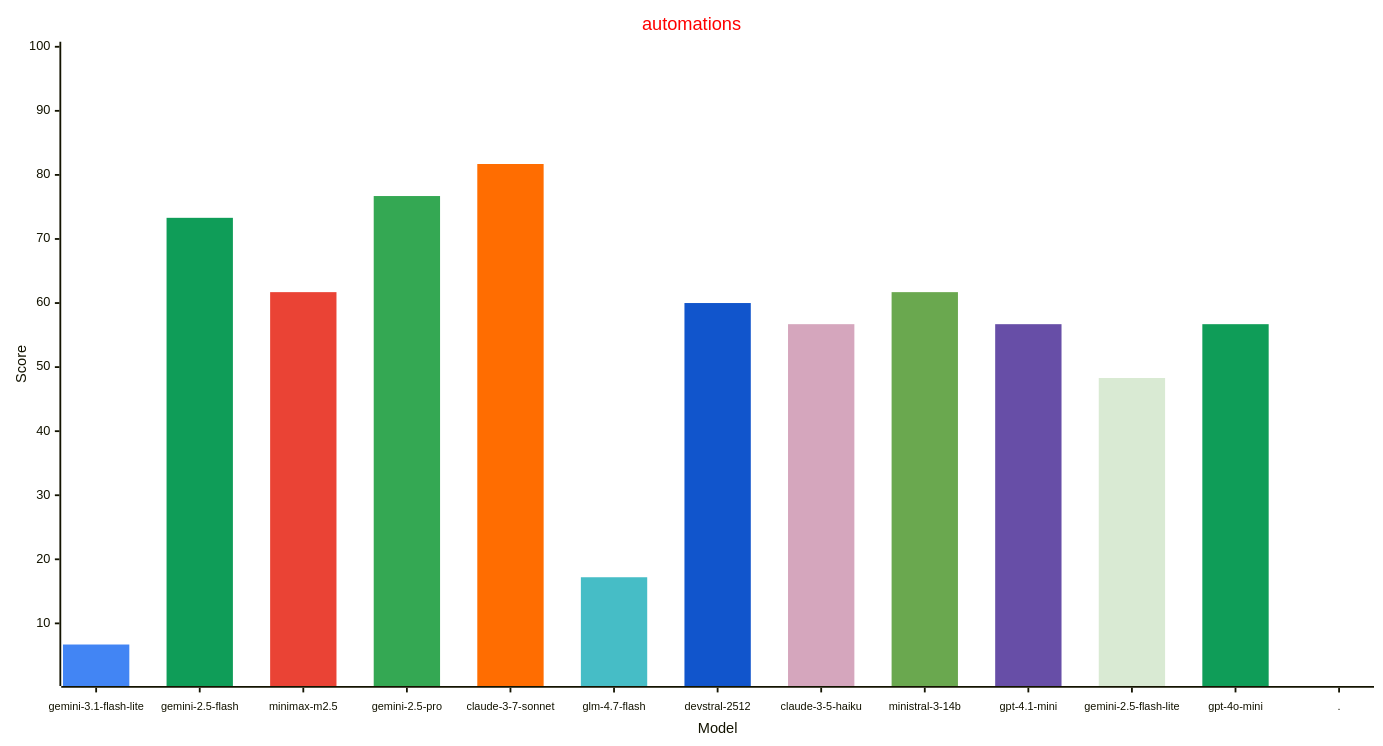
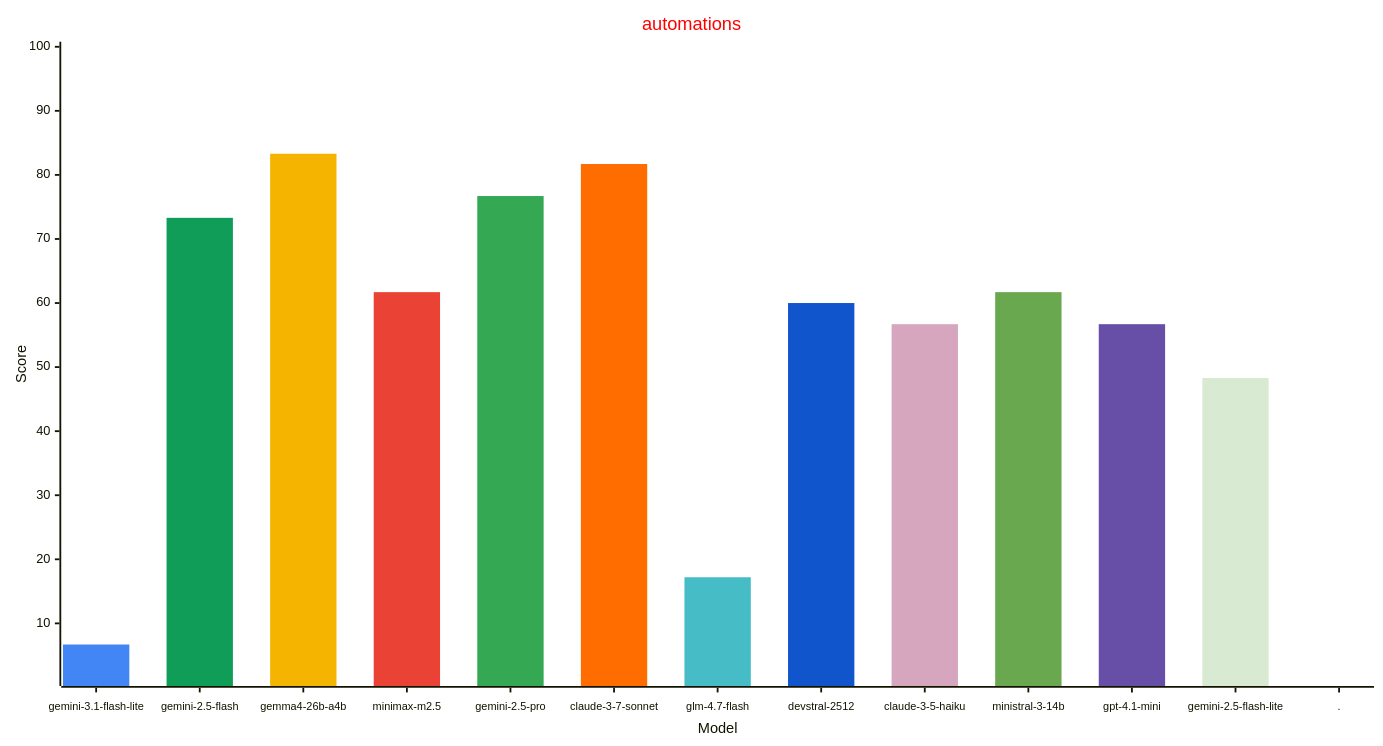
One commit to allenporter/home-assistant-datasets changed the fourth of 4 diagrams in reports/README.md. Above: the diagram before and after it, drawn with Mermaid. The commit also changed other lines of this file, not shown here.

Commit message:
Update leaderboard

````diff
--- a/reports/README.md
+++ b/reports/README.md
@@ -220,33 +220,33 @@
 ```mermaid
 ---
 config:
     xyChart:
         width: 1500
         height: 800
         xAxis:
           labelFontSize: 12
           labelPadding: 8
     themeVariables:
         xyChart:
             titleColor: "#ff0000"
-            plotColorPalette: "#4285f4, #0f9d58, #ea4335, #34a853, #ff6d01, #46bdc6, #1155cc, #d5a6bd, #6aa84f, #674ea7, #d9ead3, #0f9d58, #4285f4"
+            plotColorPalette: "#4285f4, #0f9d58, #f4b400, #ea4335, #34a853, #ff6d01, #46bdc6, #1155cc, #d5a6bd, #6aa84f, #674ea7, #d9ead3, #4285f4"
 
 ---
 xychart-beta
   title "automations"
-  x-axis "Model" [gemini-3.1-flash-lite, gemini-2.5-flash, minimax-m2.5, gemini-2.5-pro, claude-3-7-sonnet, glm-4.7-flash, devstral-2512, claude-3-5-haiku, ministral-3-14b, gpt-4.1-mini, gemini-2.5-flash-lite, gpt-4o-mini, .]
+  x-axis "Model" [gemini-3.1-flash-lite, gemini-2.5-flash, gemma4-26b-a4b, minimax-m2.5, gemini-2.5-pro, claude-3-7-sonnet, glm-4.7-flash, devstral-2512, claude-3-5-haiku, ministral-3-14b, gpt-4.1-mini, gemini-2.5-flash-lite, .]
   y-axis "Score" 1 --> 100
   bar [6.7, 0.0, 0.0, 0.0, 0.0, 0.0, 0.0, 0.0, 0.0, 0.0, 0.0, 0.0, 0.0]
   bar [0.0, 73.3, 0.0, 0.0, 0.0, 0.0, 0.0, 0.0, 0.0, 0.0, 0.0, 0.0, 0.0]
-  bar [0.0, 0.0, 61.7, 0.0, 0.0, 0.0, 0.0, 0.0, 0.0, 0.0, 0.0, 0.0, 0.0]
-  bar [0.0, 0.0, 0.0, 76.7, 0.0, 0.0, 0.0, 0.0, 0.0, 0.0, 0.0, 0.0, 0.0]
-  bar [0.0, 0.0, 0.0, 0.0, 81.7, 0.0, 0.0, 0.0, 0.0, 0.0, 0.0, 0.0, 0.0]
-  bar [0.0, 0.0, 0.0, 0.0, 0.0, 17.2, 0.0, 0.0, 0.0, 0.0, 0.0, 0.0, 0.0]
-  bar [0.0, 0.0, 0.0, 0.0, 0.0, 0.0, 60.0, 0.0, 0.0, 0.0, 0.0, 0.0, 0.0]
-  bar [0.0, 0.0, 0.0, 0.0, 0.0, 0.0, 0.0, 56.7, 0.0, 0.0, 0.0, 0.0, 0.0]
-  bar [0.0, 0.0, 0.0, 0.0, 0.0, 0.0, 0.0, 0.0, 61.7, 0.0, 0.0, 0.0, 0.0]
-  bar [0.0, 0.0, 0.0, 0.0, 0.0, 0.0, 0.0, 0.0, 0.0, 56.7, 0.0, 0.0, 0.0]
-  bar [0.0, 0.0, 0.0, 0.0, 0.0, 0.0, 0.0, 0.0, 0.0, 0.0, 48.3, 0.0, 0.0]
-  bar [0.0, 0.0, 0.0, 0.0, 0.0, 0.0, 0.0, 0.0, 0.0, 0.0, 0.0, 56.7, 0.0]
+  bar [0.0, 0.0, 83.3, 0.0, 0.0, 0.0, 0.0, 0.0, 0.0, 0.0, 0.0, 0.0, 0.0]
+  bar [0.0, 0.0, 0.0, 61.7, 0.0, 0.0, 0.0, 0.0, 0.0, 0.0, 0.0, 0.0, 0.0]
+  bar [0.0, 0.0, 0.0, 0.0, 76.7, 0.0, 0.0, 0.0, 0.0, 0.0, 0.0, 0.0, 0.0]
+  bar [0.0, 0.0, 0.0, 0.0, 0.0, 81.7, 0.0, 0.0, 0.0, 0.0, 0.0, 0.0, 0.0]
+  bar [0.0, 0.0, 0.0, 0.0, 0.0, 0.0, 17.2, 0.0, 0.0, 0.0, 0.0, 0.0, 0.0]
+  bar [0.0, 0.0, 0.0, 0.0, 0.0, 0.0, 0.0, 60.0, 0.0, 0.0, 0.0, 0.0, 0.0]
+  bar [0.0, 0.0, 0.0, 0.0, 0.0, 0.0, 0.0, 0.0, 56.7, 0.0, 0.0, 0.0, 0.0]
+  bar [0.0, 0.0, 0.0, 0.0, 0.0, 0.0, 0.0, 0.0, 0.0, 61.7, 0.0, 0.0, 0.0]
+  bar [0.0, 0.0, 0.0, 0.0, 0.0, 0.0, 0.0, 0.0, 0.0, 0.0, 56.7, 0.0, 0.0]
+  bar [0.0, 0.0, 0.0, 0.0, 0.0, 0.0, 0.0, 0.0, 0.0, 0.0, 0.0, 48.3, 0.0]
   bar [0.0, 0.0, 0.0, 0.0, 0.0, 0.0, 0.0, 0.0, 0.0, 0.0, 0.0, 0.0, -1.0]
 ```
````
